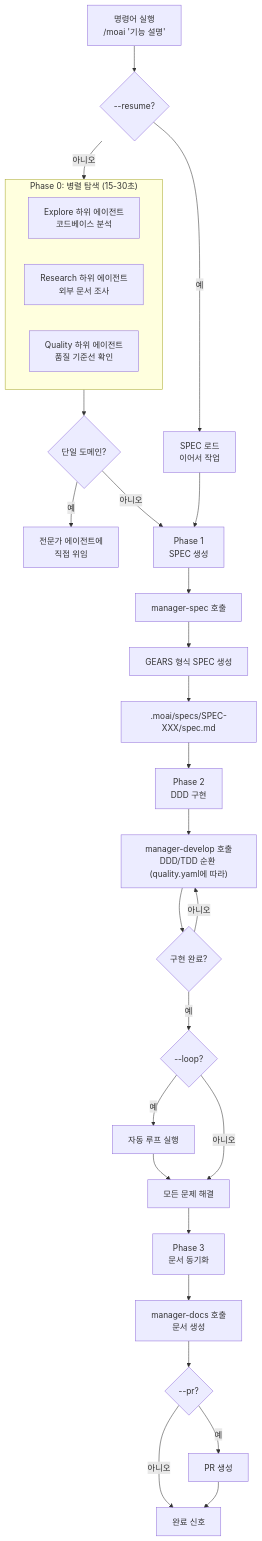
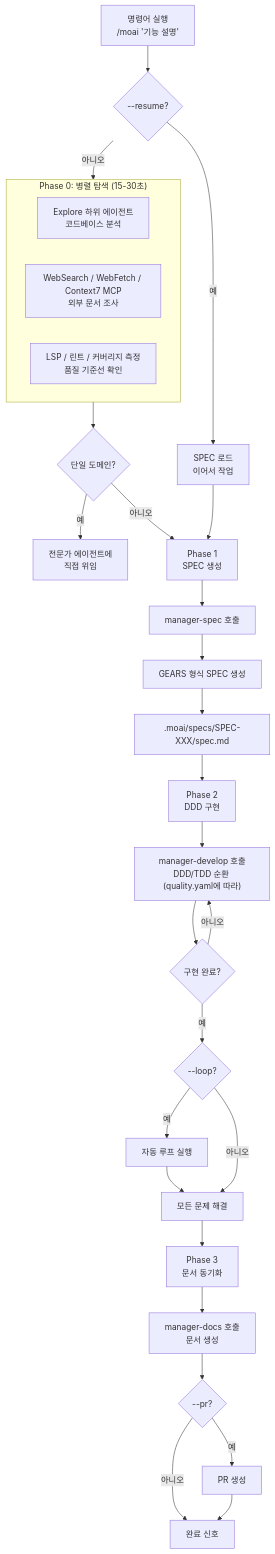
One commit to modu-ai/moai-adk changed the diagram in docs-site/content/ko/utility-commands/moai.md. Above: the diagram before and after it, drawn with Mermaid. The commit also changed other lines of this file and 83 other files, not shown here.

````diff
--- a/docs-site/content/ko/utility-commands/moai.md
+++ b/docs-site/content/ko/utility-commands/moai.md
@@ -127,40 +127,40 @@
 ```mermaid
 flowchart TD
     A["명령어 실행<br/>/moai '기능 설명'"] --> B{--resume?}
     B -->|예| C["SPEC 로드<br/>이어서 작업"]
     B -->|아니오| D["Phase 0<br/>병렬 탐색"]
 
     subgraph D["Phase 0: 병렬 탐색 (15-30초)"]
         D1["Explore 하위 에이전트<br/>코드베이스 분석"]
-        D2["Research 하위 에이전트<br/>외부 문서 조사"]
-        D3["Quality 하위 에이전트<br/>품질 기준선 확인"]
+        D2["WebSearch / WebFetch / Context7 MCP<br/>외부 문서 조사"]
+        D3["LSP / 린트 / 커버리지 측정<br/>품질 기준선 확인"]
     end
 
     D --> E{"단일 도메인?"}
     E -->|예| F["전문가 에이전트에<br/>직접 위임"]
     E -->|아니오| G["Phase 1 계속"]
 
     C --> G["Phase 1<br/>SPEC 생성"]
     G --> H["manager-spec 호출"]
     H --> I["GEARS 형식 SPEC 생성"]
     I --> J[".moai/specs/SPEC-XXX/spec.md"]
 
     J --> K["Phase 2<br/>DDD 구현"]
 
     K --> L["manager-develop 호출<br/>DDD/TDD 순환 (quality.yaml에 따라)"]
     L --> M{"구현 완료?"}
     M -->|아니오| L
     M -->|예| N{"--loop?"}
 
     N -->|예| O["자동 루프 실행"]
     O --> P["모든 문제 해결"]
     N -->|아니오| P
 
     P --> Q["Phase 3<br/>문서 동기화"]
 
     Q --> R["manager-docs 호출<br/>문서 생성"]
     R --> S{"--pr?"}
     S -->|예| T["PR 생성"]
     S -->|아니오| U["완료 신호"]
     T --> U
 ```
````
